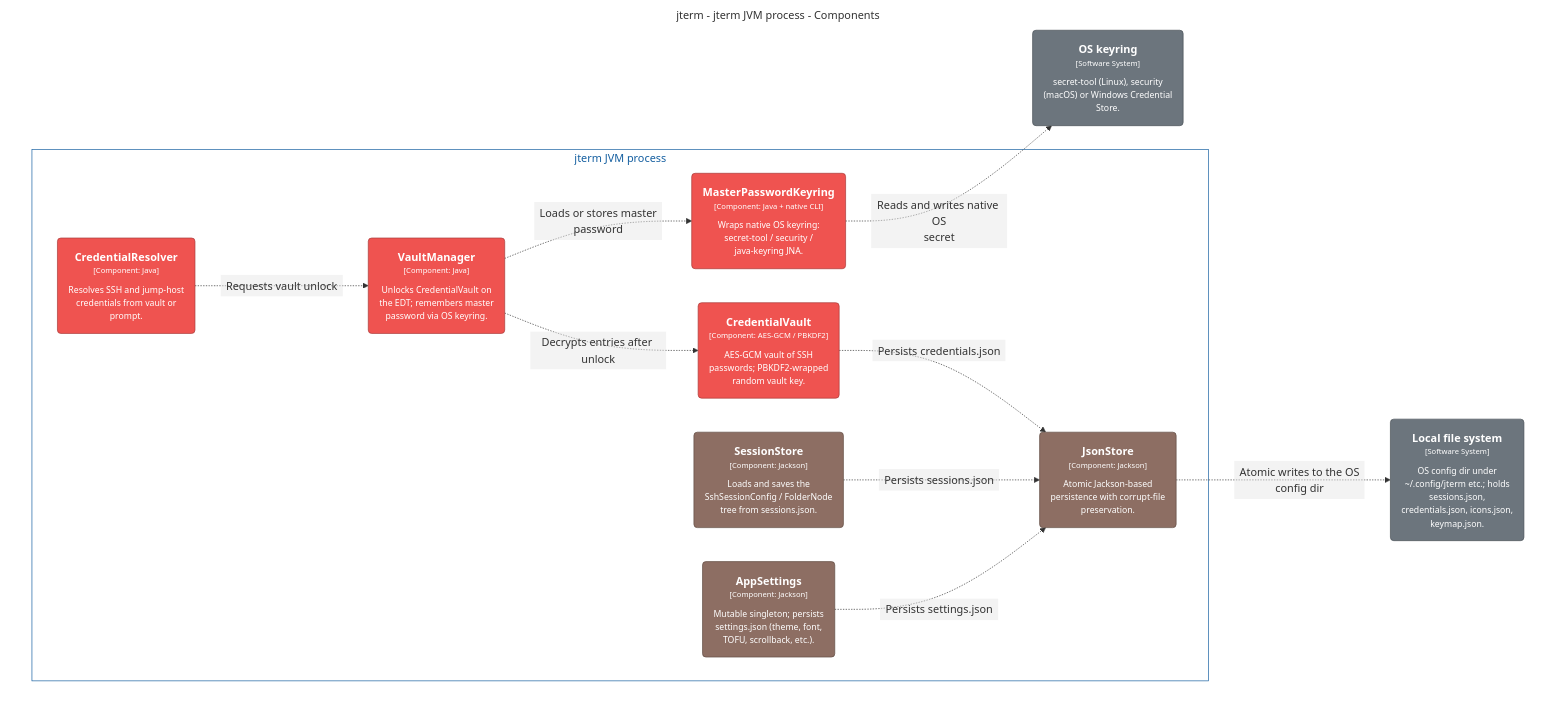
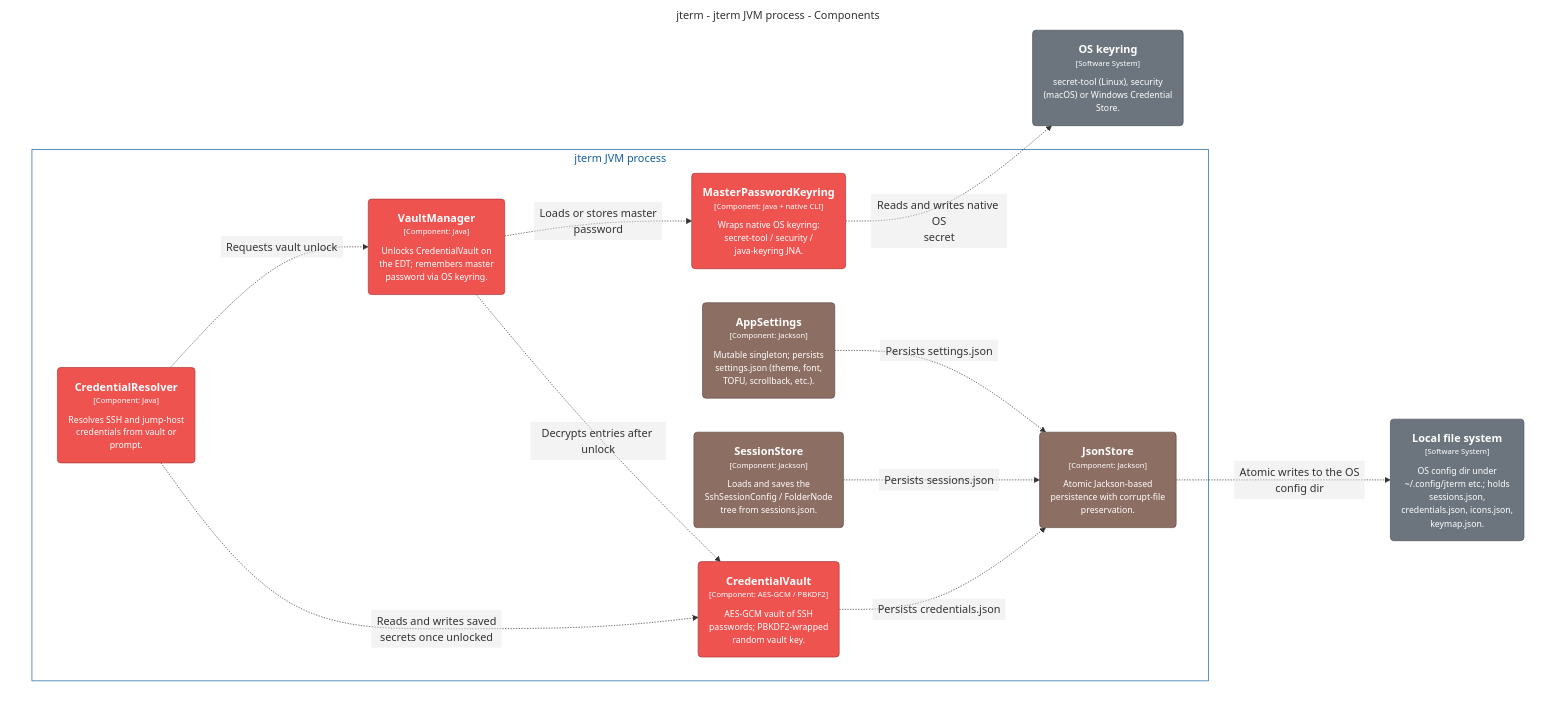
One commit to drecaise/jterm changed the diagram in docs/architecture/model/generated/components-security.mmd. Above: the diagram before and after it, drawn with Mermaid. The commit also changed 35 other files, not shown here.

```diff
--- a/docs/architecture/model/generated/components-security.mmd
+++ b/docs/architecture/model/generated/components-security.mmd
@@ -1,44 +1,45 @@
 ---
 config:
   flowchart:
     padding: 16
 ---
 %%{init: {'theme':'base','themeVariables':{'edgeLabelBackground':'transparent','lineColor':'#8b95a1','fontFamily':'-apple-system,BlinkMacSystemFont,"Segoe UI",Roboto,Helvetica,Arial,sans-serif','fontSize':'14px'},'flowchart':{'curve':'basis','useMaxWidth':true}}}%%
 graph TB
 
   subgraph diagram ["jterm - jterm JVM process - Components"]
     style diagram fill:transparent,stroke:transparent
 
     3("<div style='font-weight: bold'>OS keyring</div><div style='font-size: 70%; margin-top: 0px'>[Software System]</div><div style='font-size: 80%; margin-top:10px'>secret-tool (Linux), security<br />(macOS) or Windows Credential<br />Store.</div>")
     style 3 fill:#6c757d,stroke:#4b5157,color:#ffffff
     6("<div style='font-weight: bold'>Local file system</div><div style='font-size: 70%; margin-top: 0px'>[Software System]</div><div style='font-size: 80%; margin-top:10px'>OS config dir under<br />~/.config/jterm etc.; holds<br />sessions.json,<br />credentials.json, icons.json,<br />keymap.json.</div>")
     style 6 fill:#6c757d,stroke:#4b5157,color:#ffffff
 
     subgraph 8 [jterm JVM process]
       style 8 fill:transparent,stroke:#155fa0,color:#155fa0
 
-      27("<div style='font-weight: bold'>VaultManager</div><div style='font-size: 70%; margin-top: 0px'>[Component: Java]</div><div style='font-size: 80%; margin-top:10px'>Unlocks CredentialVault on<br />the EDT; remembers master<br />password via OS keyring.</div>")
-      style 27 fill:#ef5350,stroke:#a73a38,color:#ffffff
-      28("<div style='font-weight: bold'>CredentialVault</div><div style='font-size: 70%; margin-top: 0px'>[Component: AES-GCM / PBKDF2]</div><div style='font-size: 80%; margin-top:10px'>AES-GCM vault of SSH<br />passwords; PBKDF2-wrapped<br />random vault key.</div>")
-      style 28 fill:#ef5350,stroke:#a73a38,color:#ffffff
-      29("<div style='font-weight: bold'>CredentialResolver</div><div style='font-size: 70%; margin-top: 0px'>[Component: Java]</div><div style='font-size: 80%; margin-top:10px'>Resolves SSH and jump-host<br />credentials from vault or<br />prompt.</div>")
+      29("<div style='font-weight: bold'>VaultManager</div><div style='font-size: 70%; margin-top: 0px'>[Component: Java]</div><div style='font-size: 80%; margin-top:10px'>Unlocks CredentialVault on<br />the EDT; remembers master<br />password via OS keyring.</div>")
       style 29 fill:#ef5350,stroke:#a73a38,color:#ffffff
-      30("<div style='font-weight: bold'>MasterPasswordKeyring</div><div style='font-size: 70%; margin-top: 0px'>[Component: Java + native CLI]</div><div style='font-size: 80%; margin-top:10px'>Wraps native OS keyring:<br />secret-tool / security /<br />java-keyring JNA.</div>")
+      30("<div style='font-weight: bold'>CredentialVault</div><div style='font-size: 70%; margin-top: 0px'>[Component: AES-GCM / PBKDF2]</div><div style='font-size: 80%; margin-top:10px'>AES-GCM vault of SSH<br />passwords; PBKDF2-wrapped<br />random vault key.</div>")
       style 30 fill:#ef5350,stroke:#a73a38,color:#ffffff
-      31("<div style='font-weight: bold'>SessionStore</div><div style='font-size: 70%; margin-top: 0px'>[Component: Jackson]</div><div style='font-size: 80%; margin-top:10px'>Loads and saves the<br />SshSessionConfig / FolderNode<br />tree from sessions.json.</div>")
-      style 31 fill:#8d6e63,stroke:#624d45,color:#ffffff
-      32("<div style='font-weight: bold'>JsonStore</div><div style='font-size: 70%; margin-top: 0px'>[Component: Jackson]</div><div style='font-size: 80%; margin-top:10px'>Atomic Jackson-based<br />persistence with corrupt-file<br />preservation.</div>")
-      style 32 fill:#8d6e63,stroke:#624d45,color:#ffffff
-      33("<div style='font-weight: bold'>AppSettings</div><div style='font-size: 70%; margin-top: 0px'>[Component: Jackson]</div><div style='font-size: 80%; margin-top:10px'>Mutable singleton; persists<br />settings.json (theme, font,<br />TOFU, scrollback, etc.).</div>")
+      31("<div style='font-weight: bold'>CredentialResolver</div><div style='font-size: 70%; margin-top: 0px'>[Component: Java]</div><div style='font-size: 80%; margin-top:10px'>Resolves SSH and jump-host<br />credentials from vault or<br />prompt.</div>")
+      style 31 fill:#ef5350,stroke:#a73a38,color:#ffffff
+      32("<div style='font-weight: bold'>MasterPasswordKeyring</div><div style='font-size: 70%; margin-top: 0px'>[Component: Java + native CLI]</div><div style='font-size: 80%; margin-top:10px'>Wraps native OS keyring:<br />secret-tool / security /<br />java-keyring JNA.</div>")
+      style 32 fill:#ef5350,stroke:#a73a38,color:#ffffff
+      33("<div style='font-weight: bold'>SessionStore</div><div style='font-size: 70%; margin-top: 0px'>[Component: Jackson]</div><div style='font-size: 80%; margin-top:10px'>Loads and saves the<br />SshSessionConfig / FolderNode<br />tree from sessions.json.</div>")
       style 33 fill:#8d6e63,stroke:#624d45,color:#ffffff
+      34("<div style='font-weight: bold'>JsonStore</div><div style='font-size: 70%; margin-top: 0px'>[Component: Jackson]</div><div style='font-size: 80%; margin-top:10px'>Atomic Jackson-based<br />persistence with corrupt-file<br />preservation.</div>")
+      style 34 fill:#8d6e63,stroke:#624d45,color:#ffffff
+      35("<div style='font-weight: bold'>AppSettings</div><div style='font-size: 70%; margin-top: 0px'>[Component: Jackson]</div><div style='font-size: 80%; margin-top:10px'>Mutable singleton; persists<br />settings.json (theme, font,<br />TOFU, scrollback, etc.).</div>")
+      style 35 fill:#8d6e63,stroke:#624d45,color:#ffffff
     end
 
-    29-. "<div style='padding:4px 8px'><div>Requests vault unlock</div><div style='font-size: 70%'></div></div>" .->27
-    27-. "<div style='padding:4px 8px'><div>Decrypts entries after unlock</div><div style='font-size: 70%'></div></div>" .->28
-    27-. "<div style='padding:4px 8px'><div>Loads or stores master<br />password</div><div style='font-size: 70%'></div></div>" .->30
-    30-. "<div style='padding:4px 8px'><div>Reads and writes native OS<br />secret</div><div style='font-size: 70%'></div></div>" .->3
-    28-. "<div style='padding:4px 8px'><div>Persists credentials.json</div><div style='font-size: 70%'></div></div>" .->32
-    31-. "<div style='padding:4px 8px'><div>Persists sessions.json</div><div style='font-size: 70%'></div></div>" .->32
-    33-. "<div style='padding:4px 8px'><div>Persists settings.json</div><div style='font-size: 70%'></div></div>" .->32
-    32-. "<div style='padding:4px 8px'><div>Atomic writes to the OS<br />config dir</div><div style='font-size: 70%'></div></div>" .->6
+    31-. "<div style='padding:4px 8px'><div>Requests vault unlock</div><div style='font-size: 70%'></div></div>" .->29
+    31-. "<div style='padding:4px 8px'><div>Reads and writes saved<br />secrets once unlocked</div><div style='font-size: 70%'></div></div>" .->30
+    29-. "<div style='padding:4px 8px'><div>Decrypts entries after unlock</div><div style='font-size: 70%'></div></div>" .->30
+    29-. "<div style='padding:4px 8px'><div>Loads or stores master<br />password</div><div style='font-size: 70%'></div></div>" .->32
+    32-. "<div style='padding:4px 8px'><div>Reads and writes native OS<br />secret</div><div style='font-size: 70%'></div></div>" .->3
+    30-. "<div style='padding:4px 8px'><div>Persists credentials.json</div><div style='font-size: 70%'></div></div>" .->34
+    33-. "<div style='padding:4px 8px'><div>Persists sessions.json</div><div style='font-size: 70%'></div></div>" .->34
+    35-. "<div style='padding:4px 8px'><div>Persists settings.json</div><div style='font-size: 70%'></div></div>" .->34
+    34-. "<div style='padding:4px 8px'><div>Atomic writes to the OS<br />config dir</div><div style='font-size: 70%'></div></div>" .->6
   end
```
